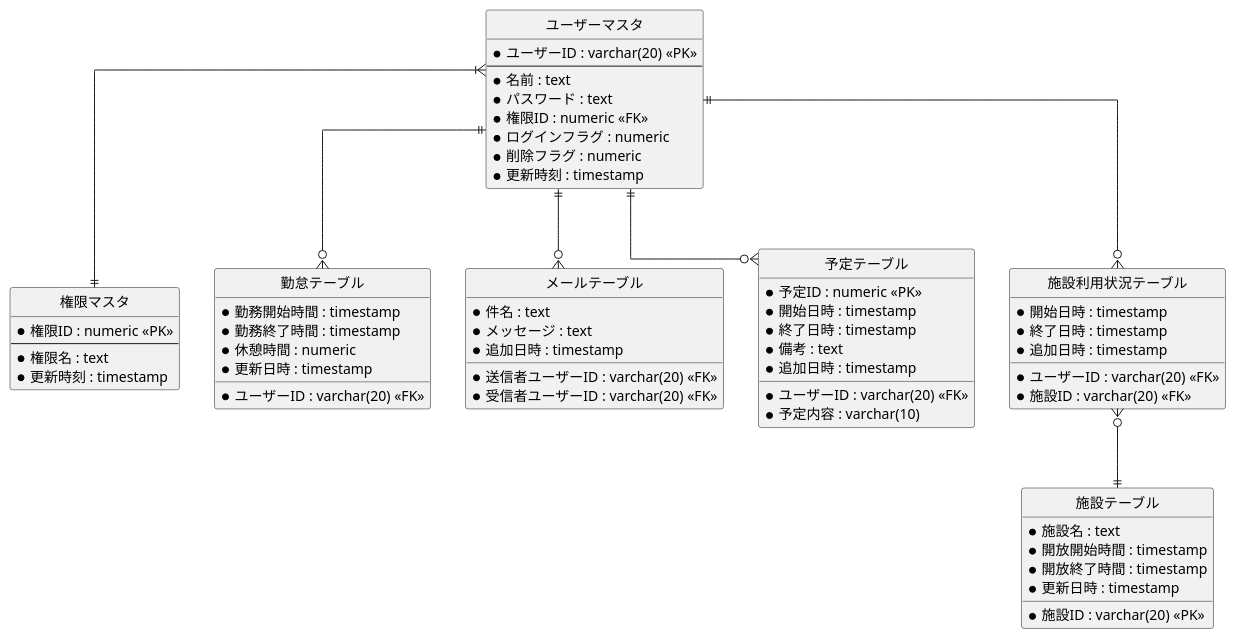
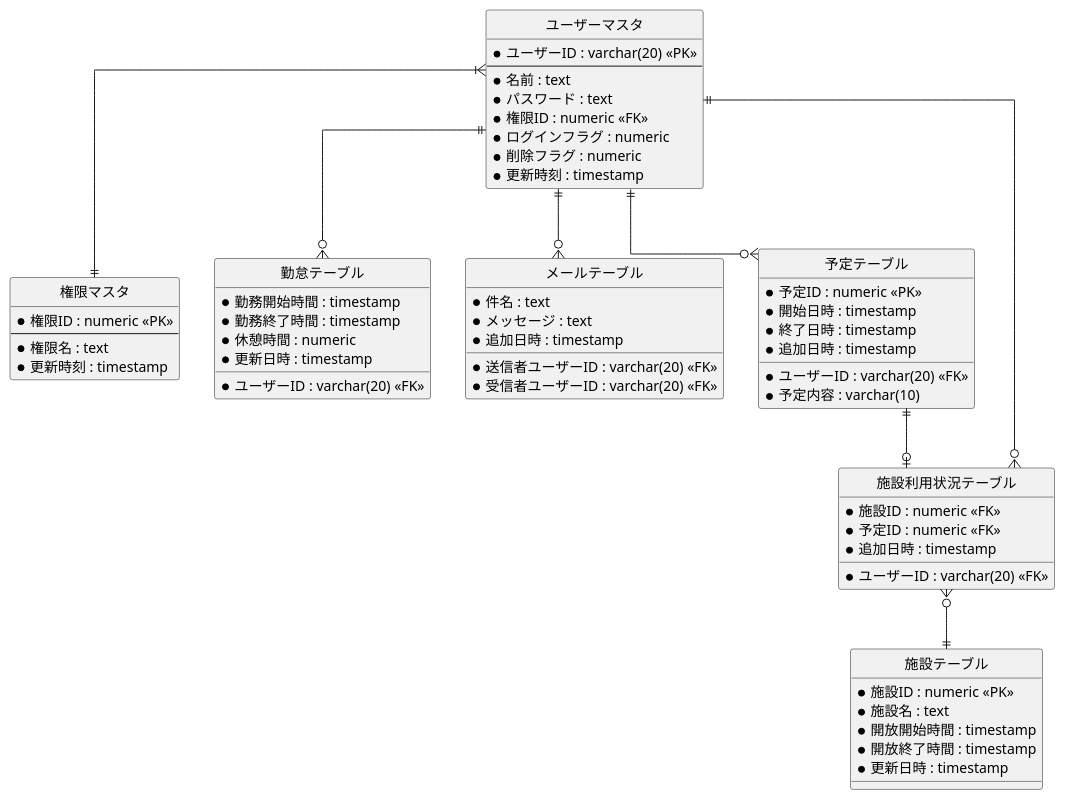
The diagram in ER図/ER図.pu (R-SAIKI/practiceUML), drawn with PlantUML before and after one commit. The commit also changed 36 other files, not shown here.

```diff
--- a/ER図/ER図.pu
+++ b/ER図/ER図.pu
@@ -1,76 +1,75 @@
 @startuml
 
 ' hide the spot
 hide circle
 
 ' avoid problems with angled crows feet
 skinparam linetype ortho
 
 entity "ユーザーマスタ" as user {
   *ユーザーID : varchar(20) <<PK>>
   --
   *名前 : text
   *パスワード : text
   *権限ID : numeric <<FK>>
   *ログインフラグ : numeric
   *削除フラグ : numeric
   *更新時刻 : timestamp
 }
 
 entity "権限マスタ" as auth {
   *権限ID : numeric <<PK>> 
   --
   *権限名 : text
   *更新時刻 : timestamp
 }
 
 entity "勤怠テーブル" as attend {
   *ユーザーID : varchar(20) <<FK>>
   *勤務開始時間 : timestamp
   *勤務終了時間 : timestamp 
   *休憩時間 : numeric
   *更新日時 : timestamp
 }
 
 entity "メールテーブル" as mail {
   *送信者ユーザーID : varchar(20) <<FK>>
   *受信者ユーザーID : varchar(20) <<FK>>
   *件名 : text
   *メッセージ : text
   *追加日時 : timestamp
 }
 
 entity "予定テーブル" as plan {
   *予定ID : numeric <<PK>>
   *ユーザーID : varchar(20) <<FK>>
   *予定内容 : varchar(10)
   *開始日時 : timestamp
   *終了日時 : timestamp 
-  *備考 : text
   *追加日時 : timestamp
 }
 
 entity "施設テーブル" as meeting {
-  *施設ID : varchar(20) <<PK>>
+  *施設ID : numeric <<PK>>
   *施設名 : text 
   *開放開始時間 : timestamp
   *開放終了時間 : timestamp
   *更新日時 : timestamp
 }
 
 entity "施設利用状況テーブル" as use {
   *ユーザーID : varchar(20) <<FK>>
-  *施設ID : varchar(20) <<FK>>
-  *開始日時 : timestamp
-  *終了日時 : timestamp 
+  *施設ID : numeric <<FK>>
+  *予定ID : numeric <<FK>>
   *追加日時 : timestamp
 }
 
 user }|--|| auth
 user ||--o{ attend
 user ||--o{ mail
 user ||--o{ plan
 user ||--o{ use
 use }o--|| meeting
+plan ||--o| use
 
 @enduml
```
